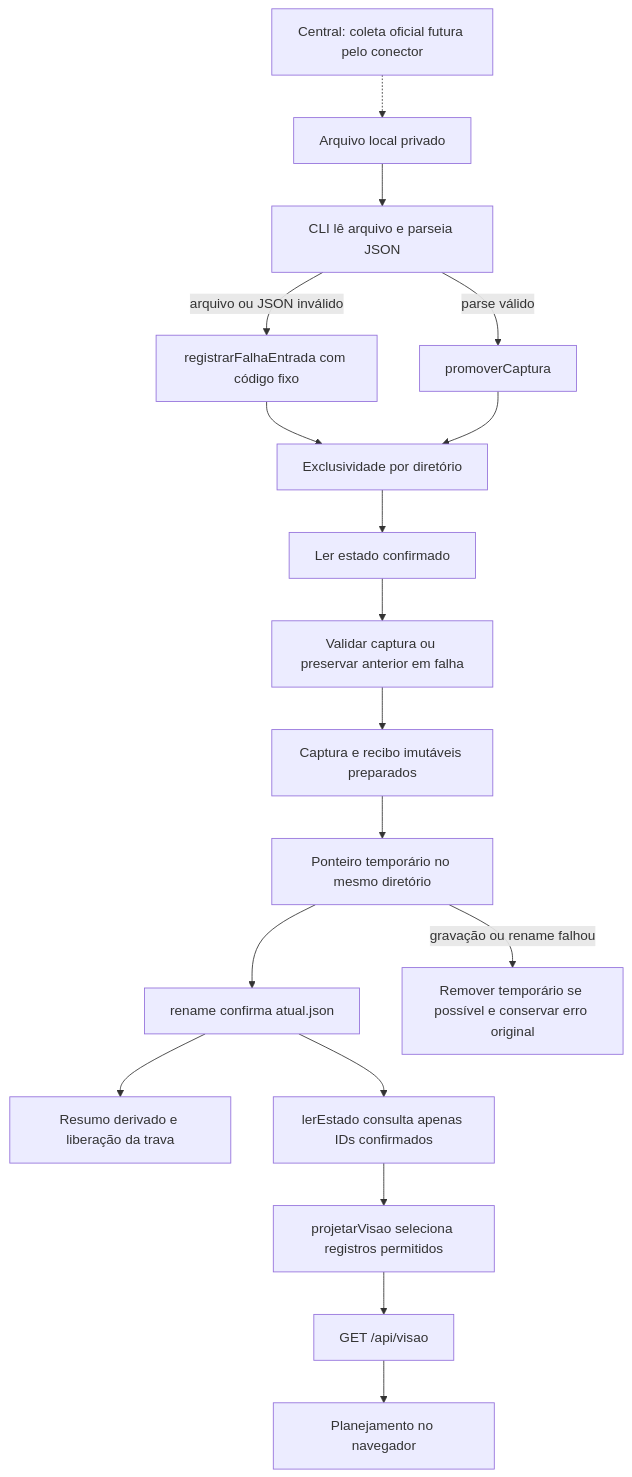
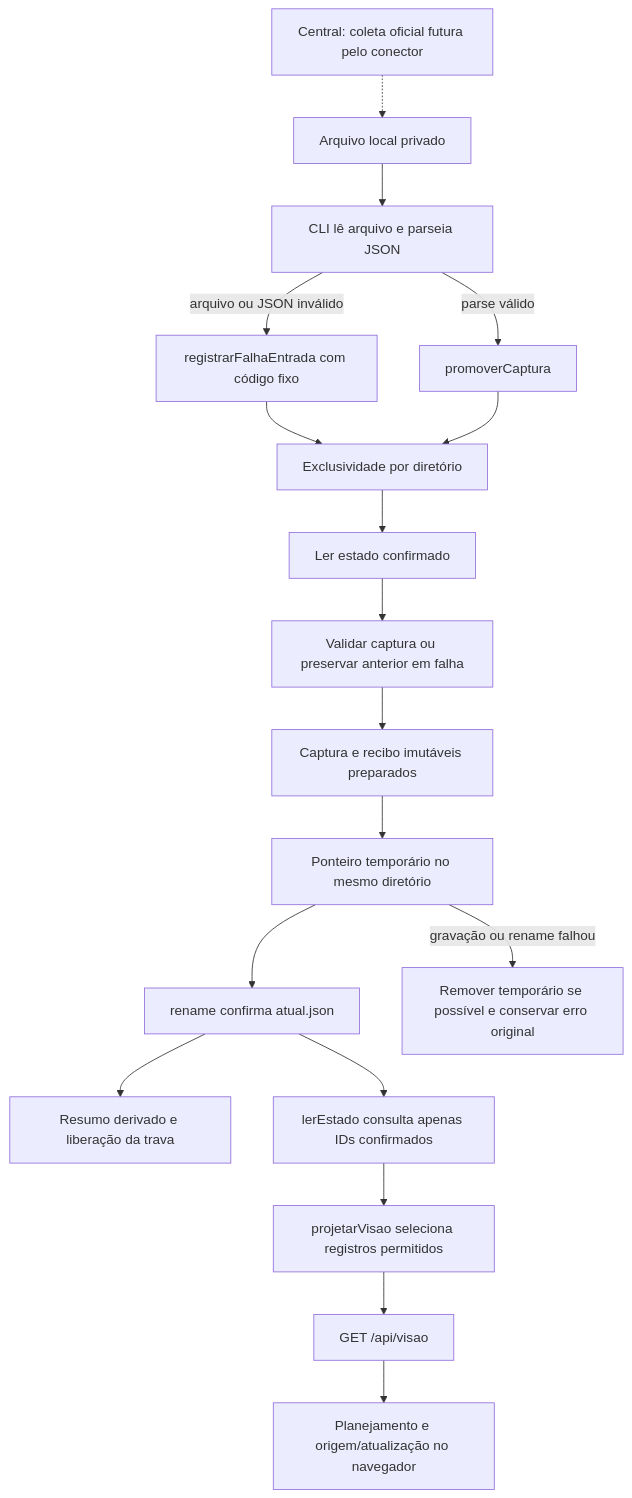
One commit to Browsher/crm-social changed the second of 3 diagrams in docs/architecture.md. Above: the diagram before and after it, drawn with Mermaid. The commit also changed other lines of this file and 25 other files, not shown here.

````diff
--- a/docs/architecture.md
+++ b/docs/architecture.md
@@ -45,20 +45,20 @@
 ```mermaid
 flowchart TD
   Central["Central: coleta oficial futura pelo conector"] -.-> JSON[Arquivo local privado]
   JSON --> CLI[CLI lê arquivo e parseia JSON]
   CLI -->|arquivo ou JSON inválido| Falha[registrarFalhaEntrada com código fixo]
   CLI -->|parse válido| Promover[promoverCaptura]
   Falha --> Lock[Exclusividade por diretório]
   Promover --> Lock
   Lock --> Estado[Ler estado confirmado]
   Estado --> Validar[Validar captura ou preservar anterior em falha]
   Validar --> Preparar[Captura e recibo imutáveis preparados]
   Preparar --> Ponteiro[Ponteiro temporário no mesmo diretório]
   Ponteiro --> Confirmar[rename confirma atual.json]
   Ponteiro -->|gravação ou rename falhou| Limpeza[Remover temporário se possível e conservar erro original]
   Confirmar --> Cache[Resumo derivado e liberação da trava]
   Confirmar --> Ler[lerEstado consulta apenas IDs confirmados]
   Ler --> Projetar[projetarVisao seleciona registros permitidos]
   Projetar --> API[GET /api/visao]
-  API --> UI[Planejamento no navegador]
+  API --> UI[Planejamento e origem/atualização no navegador]
 ```
````
